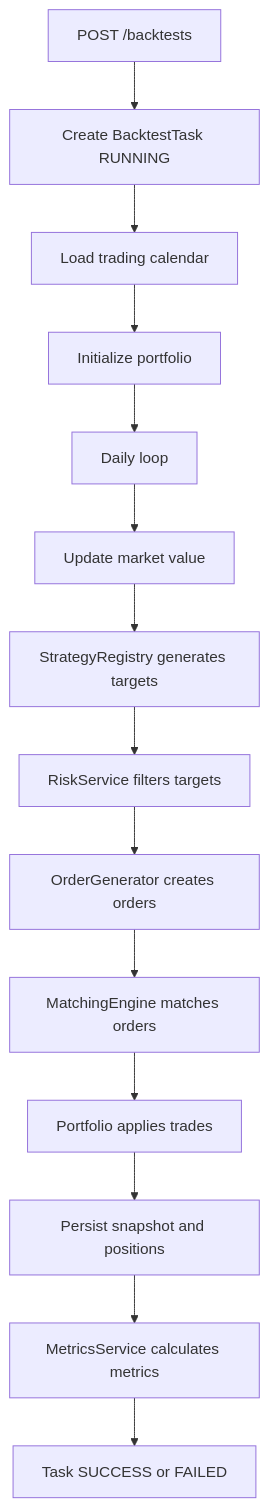
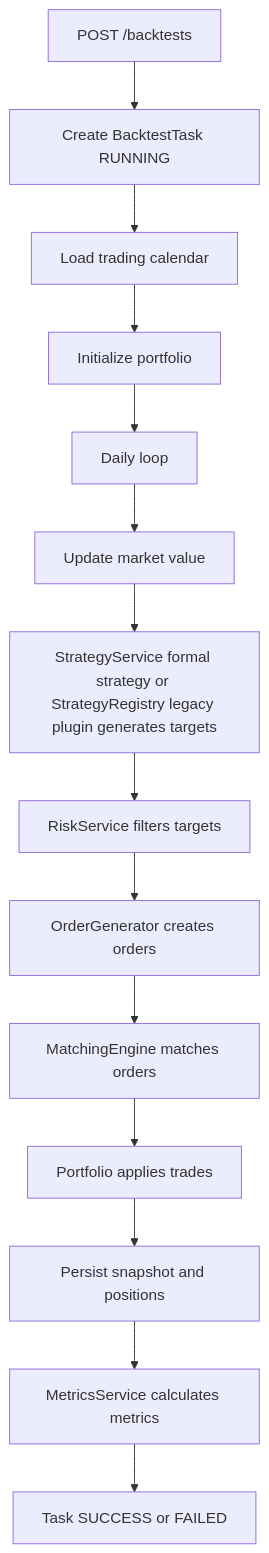
One commit to Rickiiii/AresQuant changed the diagram in docs/backtest-engine.md. Above: the diagram before and after it, drawn with Mermaid. The commit also changed other lines of this file and 7 other files, not shown here.

````diff
--- a/docs/backtest-engine.md
+++ b/docs/backtest-engine.md
@@ -20,16 +20,16 @@
 ```mermaid
 flowchart TD
   A["POST /backtests"] --> B["Create BacktestTask RUNNING"]
   B --> C["Load trading calendar"]
   C --> D["Initialize portfolio"]
   D --> E["Daily loop"]
   E --> F["Update market value"]
-  F --> G["StrategyRegistry generates targets"]
+  F --> G["StrategyService formal strategy or StrategyRegistry legacy plugin generates targets"]
   G --> H["RiskService filters targets"]
   H --> I["OrderGenerator creates orders"]
   I --> J["MatchingEngine matches orders"]
   J --> K["Portfolio applies trades"]
   K --> L["Persist snapshot and positions"]
   L --> M["MetricsService calculates metrics"]
   M --> N["Task SUCCESS or FAILED"]
 ```
````
